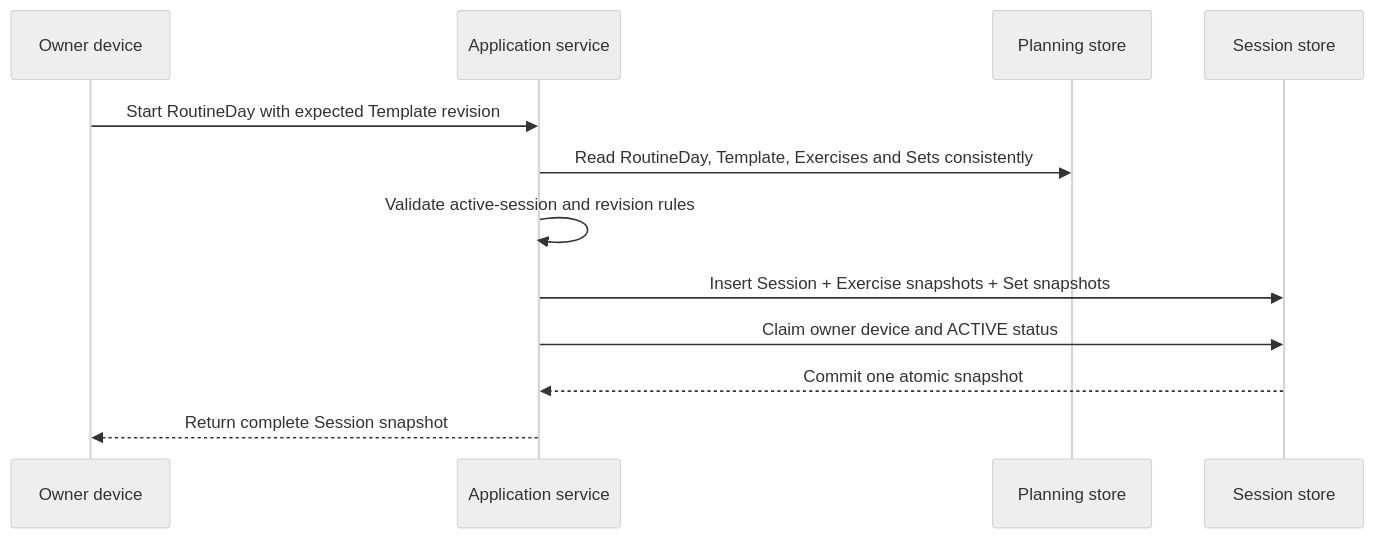
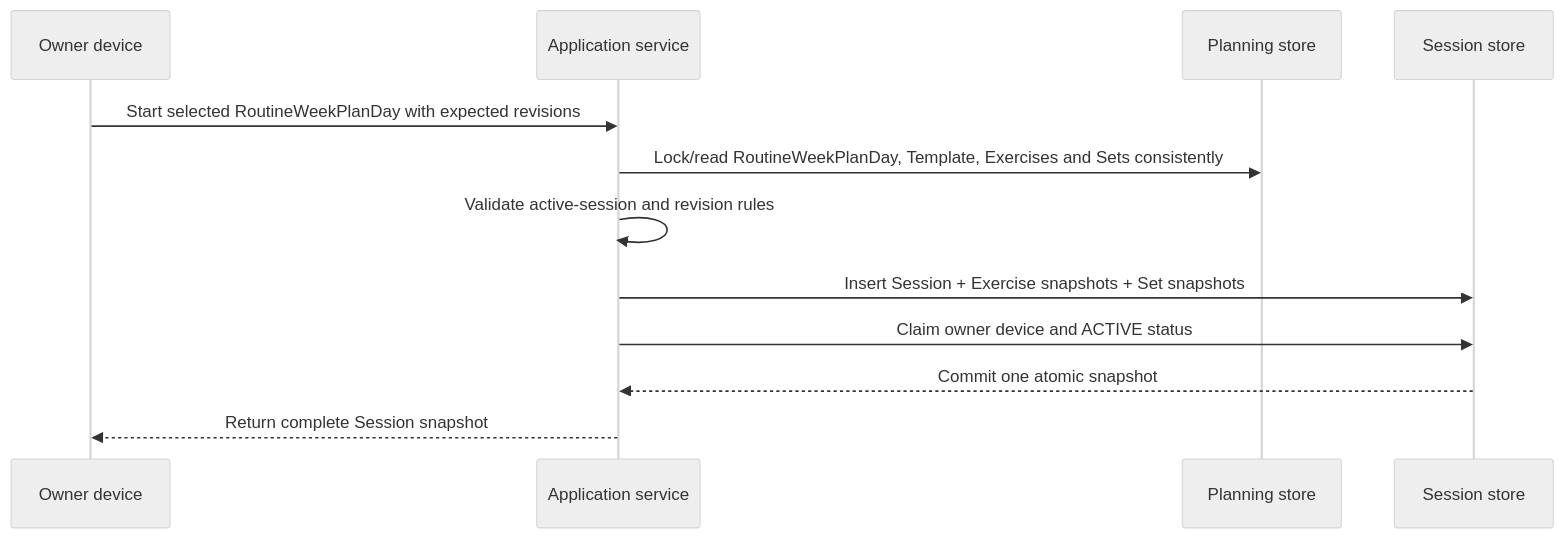
The second of 2 diagrams in docs/domain-model.md (Exserlot/personal-workout-tracking), drawn with Mermaid (neutral theme) before and after one commit. The commit also changed other lines of this file and 76 other files, not shown here.

````diff
--- a/docs/domain-model.md
+++ b/docs/domain-model.md
@@ -180,15 +201,15 @@
 ```mermaid
 sequenceDiagram
     participant U as Owner device
     participant A as Application service
     participant P as Planning store
     participant S as Session store
 
-    U->>A: Start RoutineDay with expected Template revision
-    A->>P: Read RoutineDay, Template, Exercises and Sets consistently
+    U->>A: Start selected RoutineWeekPlanDay with expected revisions
+    A->>P: Lock/read RoutineWeekPlanDay, Template, Exercises and Sets consistently
     A->>A: Validate active-session and revision rules
     A->>S: Insert Session + Exercise snapshots + Set snapshots
     A->>S: Claim owner device and ACTIVE status
     S-->>A: Commit one atomic snapshot
     A-->>U: Return complete Session snapshot
 ```
````
